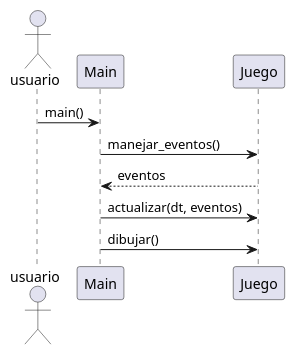
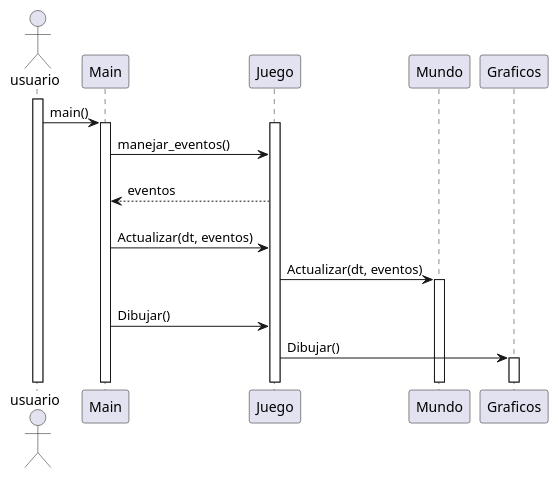
Before and after one commit to JosiasTomasnanez/SatisPlanning-game: the diagram in doc/secuencia.puml, drawn with PlantUML.

Commit message:
Comenzando Diagrama de secuencia

```diff
--- a/doc/secuencia.puml
+++ b/doc/secuencia.puml
@@ -1,11 +1,28 @@
 @startuml DiagrmaSecuencia
 actor usuario
 participant Main
 participant Juego
+participant Mundo
+
+activate usuario
+
 usuario -> Main : main()
+activate Main
+activate Juego
+
 Main -> Juego : manejar_eventos()
+||15||
 Main <-- Juego: eventos
-Main -> Juego : actualizar(dt, eventos)
-Main -> Juego : dibujar()
+||15||
+Main -> Juego : Actualizar(dt, eventos)
+Juego-> Mundo : Actualizar(dt, eventos)
+activate Mundo
+||15||
+Main -> Juego : Dibujar()
+Juego -> Graficos : Dibujar()
+activate Graficos
+||15||
+
+
 
 @enduml
```
